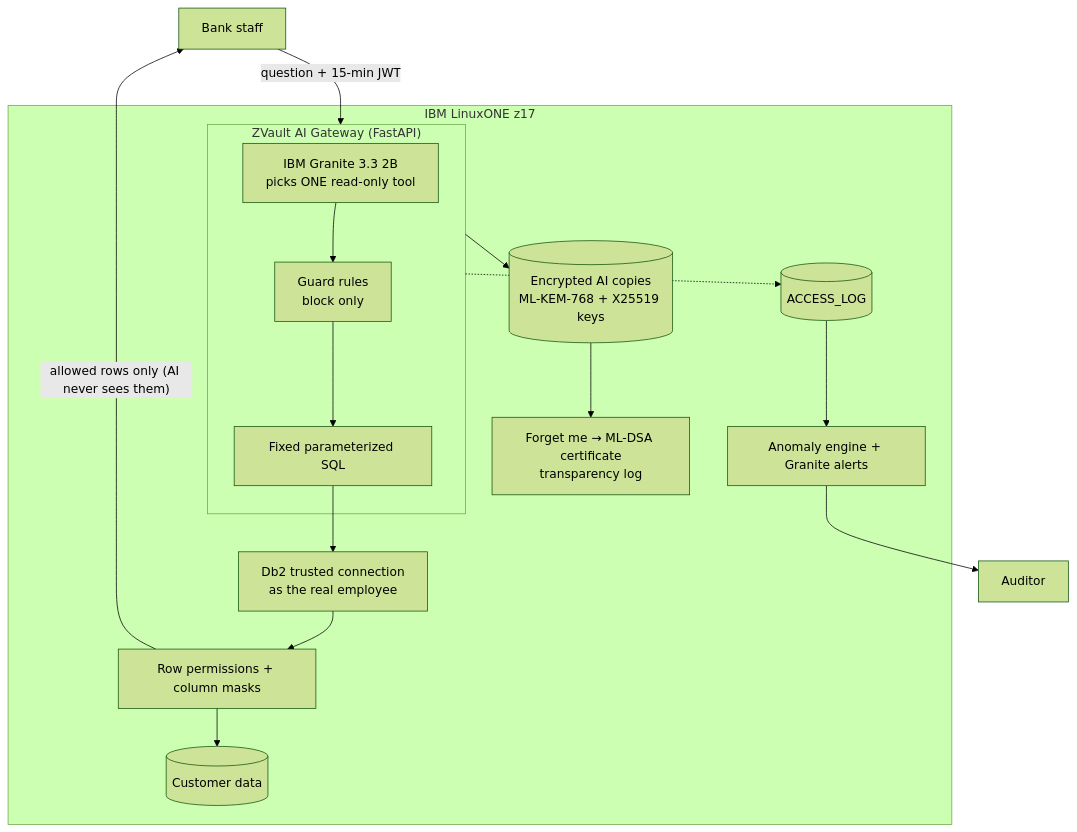
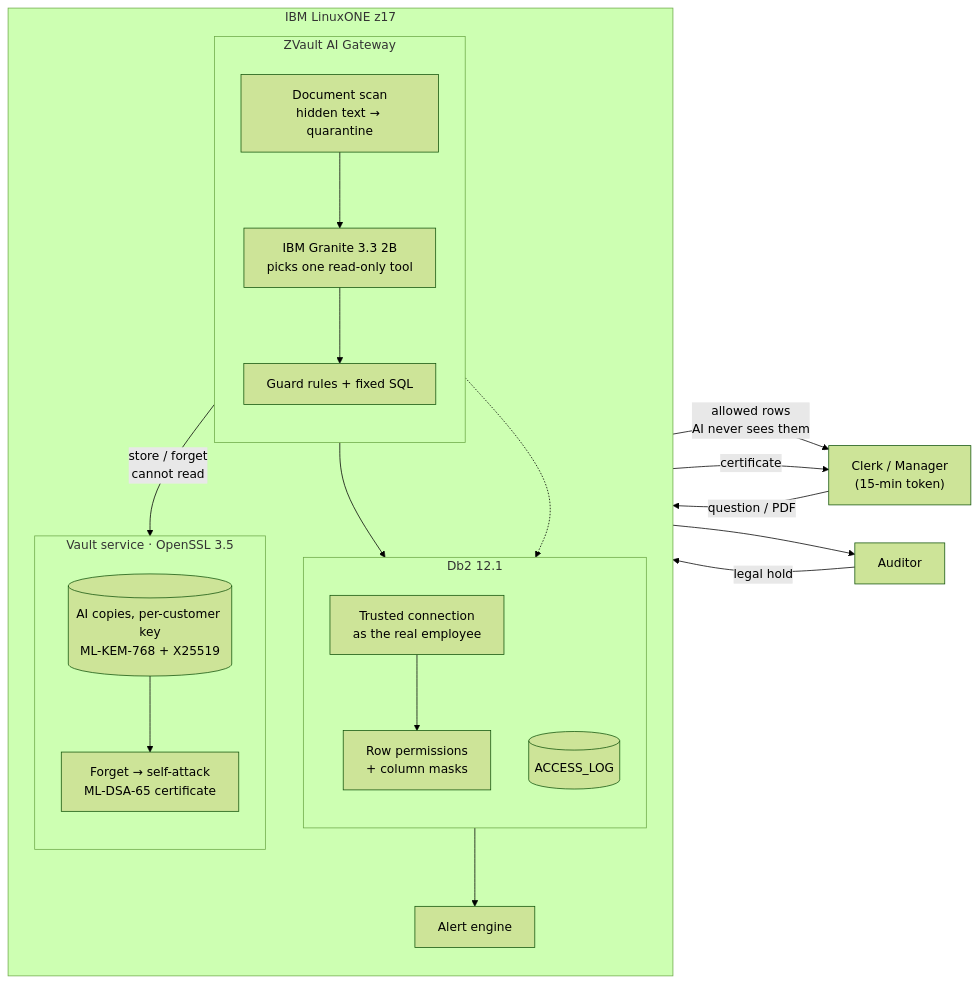
Before and after one commit to Venkat7123/ZVault: the diagram in README.md, drawn with Mermaid (forest theme).

Commit message:
Updated pwd

````diff
--- a/README.md
+++ b/README.md
@@ -44,15 +44,31 @@
 ```mermaid
-flowchart TB
-  EMP["Bank staff"] -->|question + 15-min JWT| GW
+flowchart LR
+  EMP["Clerk / Manager<br/>(15-min token)"]
+  AUD["Auditor"]
   subgraph Z["IBM LinuxONE z17"]
-    subgraph GW["ZVault AI Gateway (FastAPI)"]
-      LLM["IBM Granite 3.3 2B<br/>picks ONE read-only tool"] --> GUARD["Guard rules<br/>block only"] --> SQL["Fixed parameterized SQL"]
+    direction TB
+    subgraph GW["ZVault AI Gateway"]
+      direction TB
+      SCAN["Document scan<br/>hidden text → quarantine"] --> LLM["IBM Granite 3.3 2B<br/>picks one read-only tool"]
+      LLM --> GUARD["Guard rules + fixed SQL"]
     end
-    SQL --> TC["Db2 trusted connection<br/>as the real employee"] --> RCAC["Row permissions + column masks"] --> DATA[("Customer data")]
-    GW -.-> LOG[("ACCESS_LOG")] --> ALERT["Anomaly engine + Granite alerts"]
-    GW --> VAULT[("Encrypted AI copies<br/>ML-KEM-768 + X25519 keys")]
-    VAULT --> CERT["Forget me → ML-DSA certificate<br/>transparency log"]
+    subgraph DB["Db2 12.1"]
+      direction TB
+      TC["Trusted connection<br/>as the real employee"] --> RCAC["Row permissions<br/>+ column masks"]
+      LOG[("ACCESS_LOG")]
+    end
+    subgraph VS["Vault service · OpenSSL 3.5"]
+      direction TB
+      VAULT[("AI copies, per-customer key<br/>ML-KEM-768 + X25519")] --> CERT["Forget → self-attack<br/>ML-DSA-65 certificate"]
+    end
+    ALERT["Alert engine"]
+    GUARD --> TC
+    GW -->|"store / forget<br/>cannot read"| VAULT
+    GW -.-> LOG --> ALERT
   end
-  RCAC -->|"allowed rows only (AI never sees them)"| EMP
-  ALERT --> AUD["Auditor"]
+  EMP -->|"question / PDF"| SCAN
+  RCAC -->|"allowed rows<br/>AI never sees them"| EMP
+  CERT -->|"certificate"| EMP
+  ALERT --> AUD
+  AUD -->|"legal hold"| VAULT
 ```
````
